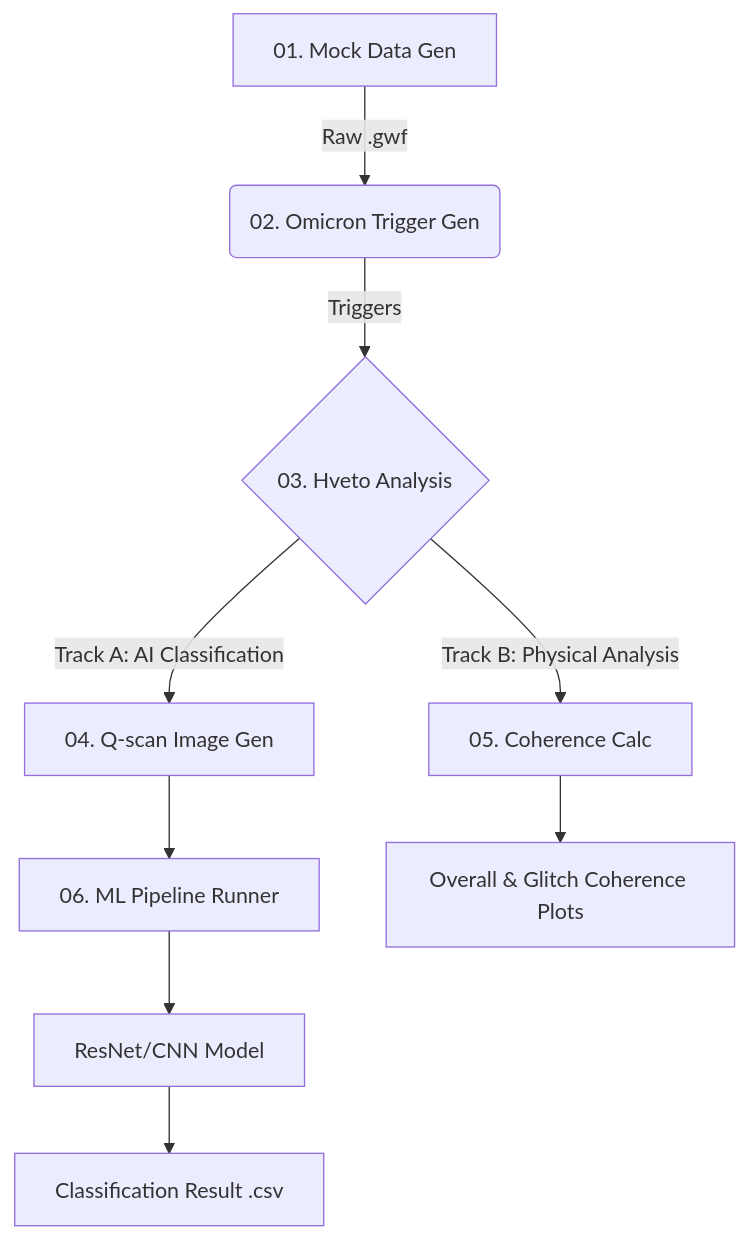
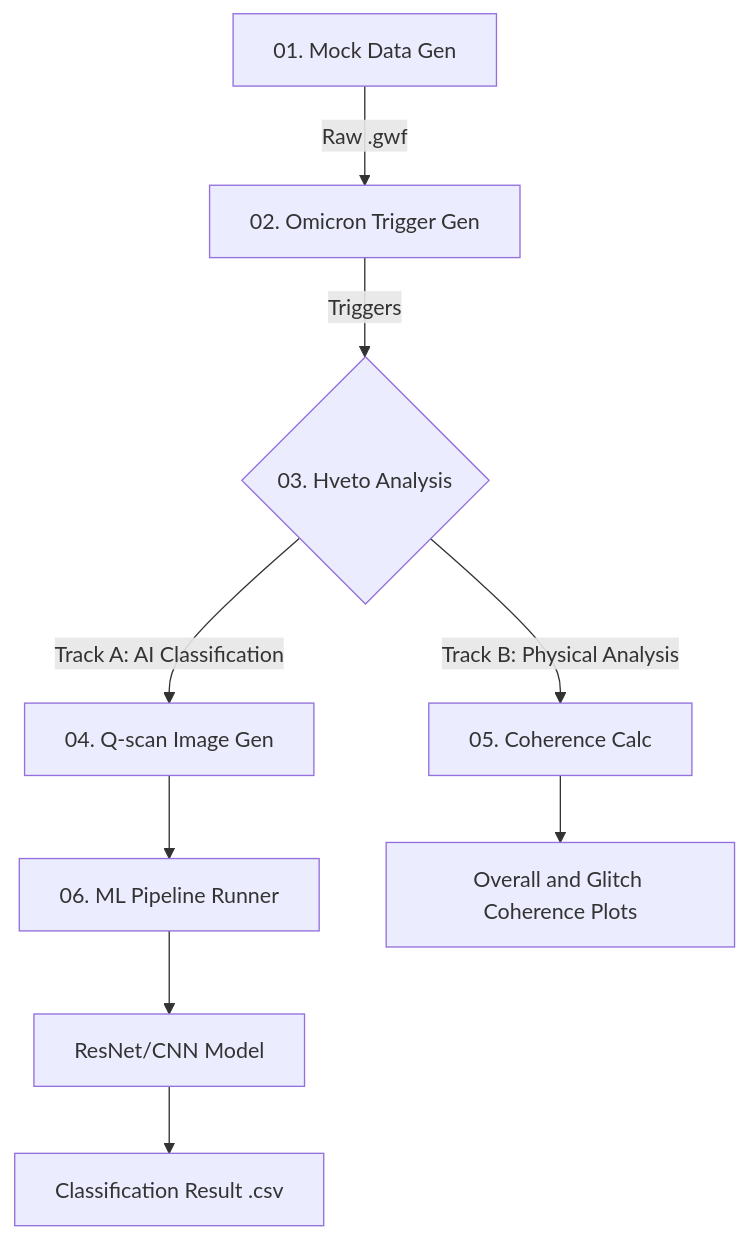
One commit to kihyun-jung/KAGRA_UNIST_Detchar_pipeline changed the diagram in README.md. Above: the diagram before and after it, drawn with Mermaid.

````diff
--- a/README.md
+++ b/README.md
@@ -26,13 +26,13 @@
 ```mermaid
-graph TD
-    A["01. Mock Data Gen"] -->|"Raw .gwf"| B("02. Omicron Trigger Gen")
+flowchart TD
+    A["01. Mock Data Gen"] -->|Raw .gwf| B["02. Omicron Trigger Gen"]
     B -->|Triggers| C{"03. Hveto Analysis"}
-    
-    C -->|"Track A: AI Classification"| D["04. Q-scan Image Gen"]
+
+    C -->|Track A: AI Classification| D["04. Q-scan Image Gen"]
     D --> E["06. ML Pipeline Runner"]
     E --> F["ResNet/CNN Model"]
     F --> G["Classification Result .csv"]
-    
-    C -->|"Track B: Physical Analysis"| H["05. Coherence Calc"]
-    H --> I["Overall & Glitch Coherence Plots"]
+
+    C -->|Track B: Physical Analysis| H["05. Coherence Calc"]
+    H --> I["Overall and Glitch Coherence Plots"]
 ```
````
